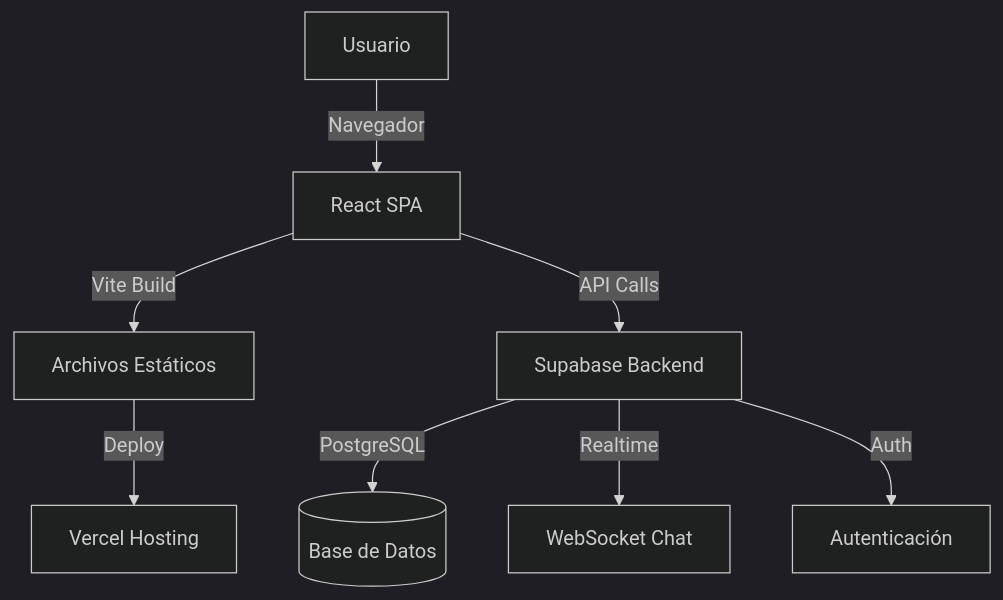
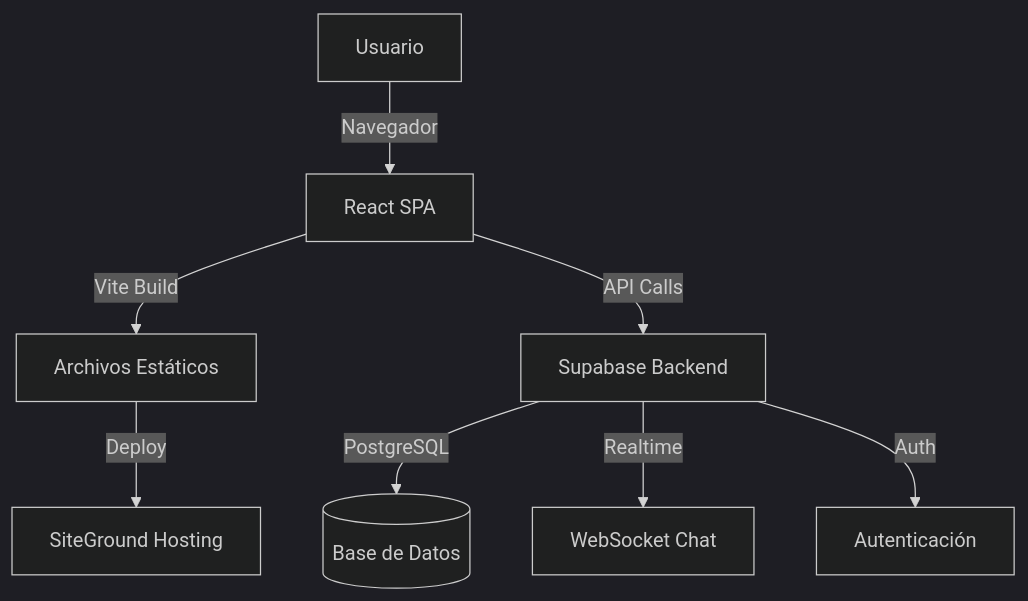
The first of 2 diagrams in docs/ARQUITECTURA.md (socdepoble/socdepoble), drawn with Mermaid (dark theme) before and after one commit. The commit also changed other lines of this file and 1067 other files, not shown here.

````diff
--- a/docs/ARQUITECTURA.md
+++ b/docs/ARQUITECTURA.md
@@ -44,10 +45,10 @@
 ```mermaid
 graph TD
     User[Usuario] -->|Navegador| App[React SPA]
     App -->|Vite Build| Static[Archivos Estáticos]
-    Static -->|Deploy| Vercel[Vercel Hosting]
+    Static -->|Deploy| SiteGround[SiteGround Hosting]
     App -->|API Calls| Supabase[Supabase Backend]
     Supabase -->|PostgreSQL| DB[(Base de Datos)]
     Supabase -->|Realtime| WS[WebSocket Chat]
     Supabase -->|Auth| Auth[Autenticación]
 ```
````
